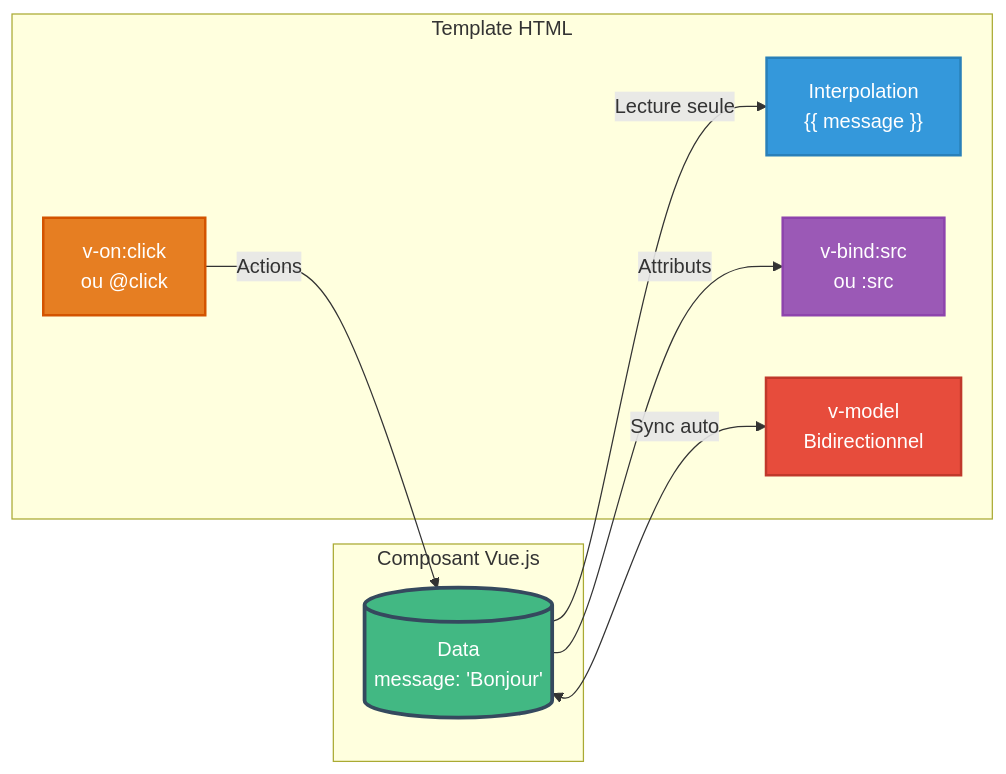
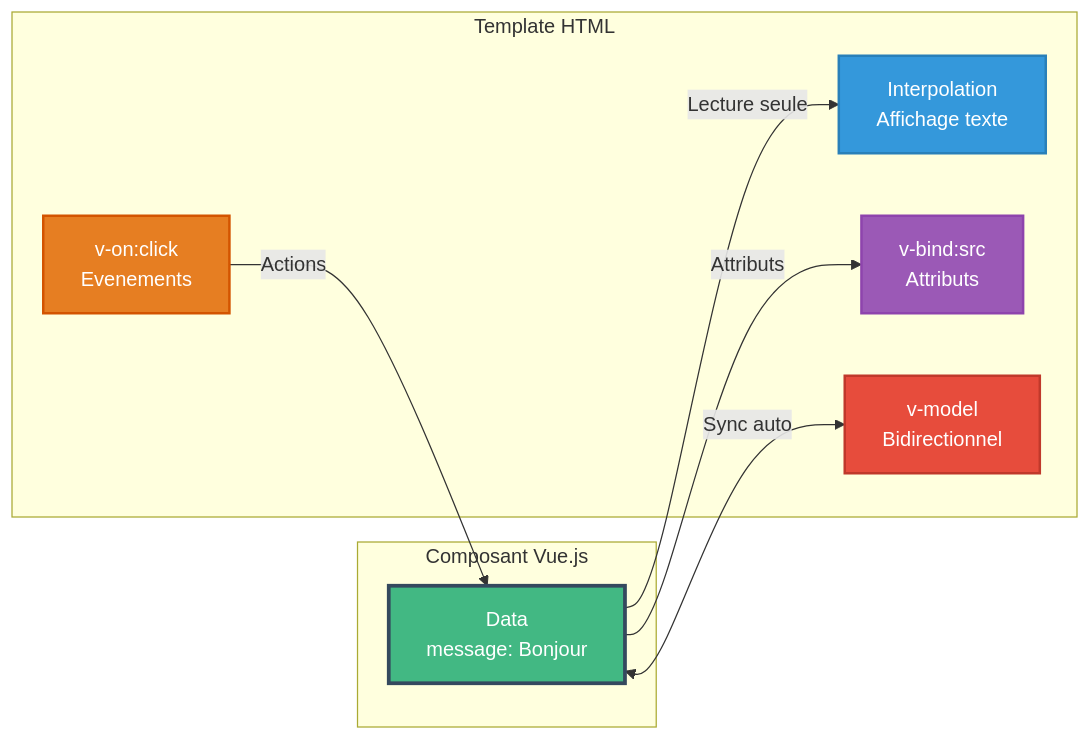
Before and after one commit to JSurquin/pylowt: the second of 6 diagrams in pages/module1-introduction-bases.md, drawn with Mermaid. The commit also changed other lines of this file and 5 other files, not shown here.

````diff
--- a/pages/module1-introduction-bases.md
+++ b/pages/module1-introduction-bases.md
@@ -677,24 +713,24 @@
 ```mermaid
 graph LR
     subgraph Component["Composant Vue.js"]
-        Data[(Data<br/>message: 'Bonjour')]
+        Data[Data<br/>message: Bonjour]
     end
     
     subgraph Template["Template HTML"]
-        Interp["Interpolation<br/>{{ message }}"]
-        Bind["v-bind:src<br/>ou :src"]
-        Event["v-on:click<br/>ou @click"]
-        Model["v-model<br/>Bidirectionnel"]
+        Interp[Interpolation<br/>Affichage texte]
+        Bind[v-bind:src<br/>Attributs]
+        Event[v-on:click<br/>Evenements]
+        Model[v-model<br/>Bidirectionnel]
     end
     
     Data -->|Lecture seule| Interp
     Data -->|Attributs| Bind
     Event -->|Actions| Data
     Data <-->|Sync auto| Model
     
     style Data fill:#42b883,stroke:#35495e,stroke-width:3px,color:#fff
     style Interp fill:#3498db,stroke:#2980b9,stroke-width:2px,color:#fff
     style Bind fill:#9b59b6,stroke:#8e44ad,stroke-width:2px,color:#fff
     style Event fill:#e67e22,stroke:#d35400,stroke-width:2px,color:#fff
     style Model fill:#e74c3c,stroke:#c0392b,stroke-width:2px,color:#fff
 ```
````
